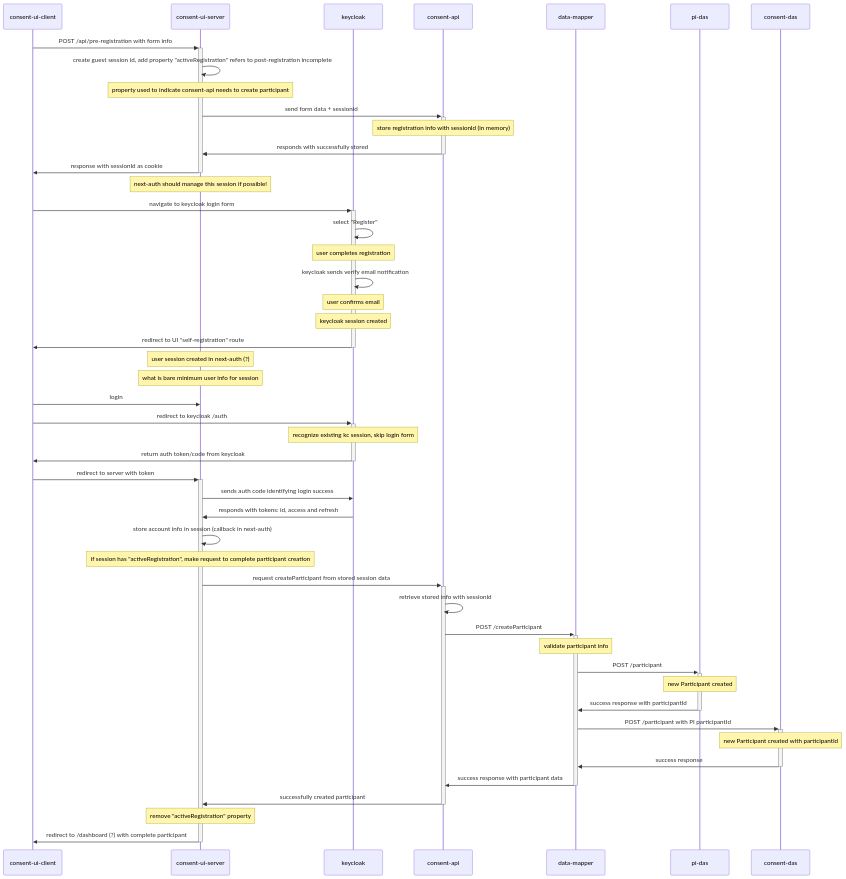
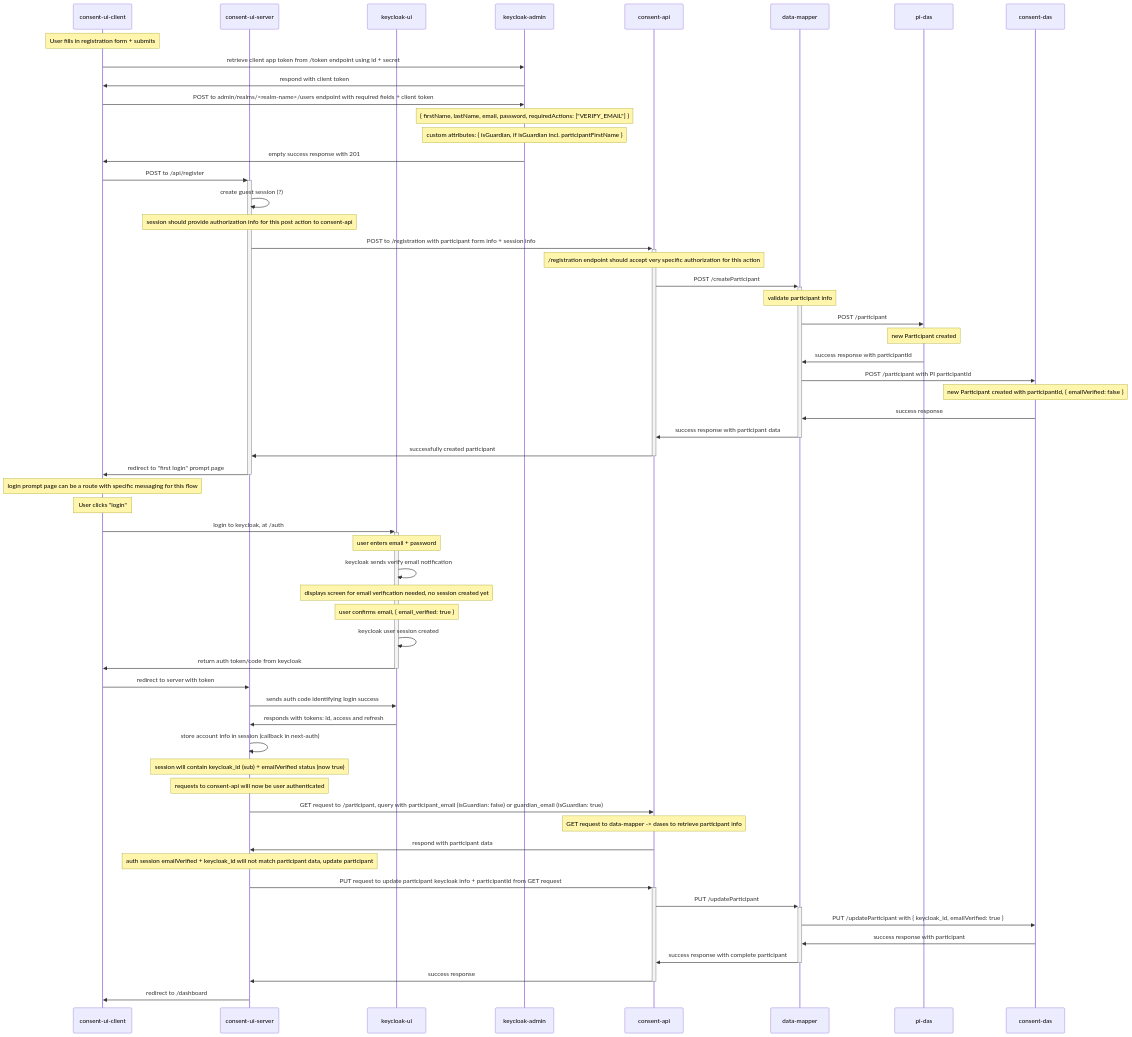
One commit to OHCRN/platform changed the diagram in docs/registration-flow.md. Above: the diagram before and after it, drawn with Mermaid.

Commit message:
update registration-flow diagram to use kc admin api

````diff
--- a/docs/registration-flow.md
+++ b/docs/registration-flow.md
@@ -1,47 +1,61 @@
 ```mermaid
 sequenceDiagram
     participant client as consent-ui-client
     participant server as consent-ui-server
-    participant keycloak
-    client->>+server: POST /api/pre-registration with form info
-    server->>server: create guest session id, add property "activeRegistration" refers to post-registration incomplete
-    Note over server: property used to indicate consent-api needs to create participant
-    server->>+consent-api: send form data + sessionId
-    Note over consent-api: store registration info with sessionId (in memory)
-    consent-api->>-server: responds with successfully stored
-    server->>-client: response with sessionId as cookie
-    Note over server: next-auth should manage this session if possible!
-    client->>+keycloak: navigate to keycloak login form
-    keycloak->>keycloak: select "Register"
-    Note over keycloak: user completes registration
-    keycloak->>keycloak: keycloak sends verify email notification
-    Note over keycloak: user confirms email
-    Note over keycloak: keycloak session created
-    keycloak->>-client: redirect to UI "self-registration" route
-    Note over server: user session created in next-auth (?)
-    Note over server: what is bare minimum user info for session
-    %% Note over consent-ui: if kc register req isolated from next auth, prompt user to login after registration redirect
-    client->>server: login
-    client->>+keycloak: redirect to keycloak /auth
-    Note over keycloak: recognize existing kc session, skip login form
-    keycloak->>-client: return auth token/code from keycloak
-    client->>+server: redirect to server with token
-    server->>keycloak: sends auth code identifying login success
-    keycloak->>server: responds with tokens: id, access and refresh
-    server->>server: store account info in session (callback in next-auth)
-    Note over server: if session has "activeRegistration", make request to complete participant creation
-    server->>+consent-api: request createParticipant from stored session data
-    consent-api->>consent-api: retrieve stored info with sessionId
+    participant keycloak-ui
+    participant keycloak as keycloak-admin
+    participant consent-api
+    participant data-mapper
+    participant pi-das
+    participant consent-das
+
+    Note over client: User fills in registration form + submits
+    client->>keycloak: retrieve client app token from /token endpoint using id + secret
+    keycloak->>client: respond with client token
+    client->>keycloak: POST to admin/realms/<realm-name>/users endpoint with required fields + client token
+    Note over keycloak: { firstName, lastName, email, password, requiredActions: ["VERIFY_EMAIL"] }
+    Note over keycloak: custom attributes: { isGuardian, if isGuardian incl. participantFirstName }
+    keycloak->>client: empty success response with 201
+    client->>+server: POST to /api/register
+    server->>server: create guest session (?)
+    Note over server: session should provide authorization info for this post action to consent-api
+    server->>+consent-api: POST to /registration with participant form info + session info
+    Note over consent-api: /registration endpoint should accept very specific authorization for this action
     consent-api->>+data-mapper: POST /createParticipant
     Note over data-mapper: validate participant info
-    data-mapper->>+pi-das: POST /participant
+    data-mapper->>pi-das: POST /participant
     Note over pi-das: new Participant created
-    pi-das->>-data-mapper: success response with participantId
-    data-mapper->>+consent-das: POST /participant with PI participantId
-    Note over consent-das: new Participant created with participantId
-    consent-das->>-data-mapper: success response
+    pi-das->>data-mapper: success response with participantId
+    data-mapper->>consent-das: POST /participant with PI participantId
+    Note over consent-das: new Participant created with participantId, { emailVerified: false }
+    consent-das->>data-mapper: success response
     data-mapper->>-consent-api: success response with participant data
     consent-api->>-server: successfully created participant
-    Note over server: remove "activeRegistration" property
-    server->>-client: redirect to /dashboard (?) with complete participant
+    server->>-client: redirect to "first login" prompt page
+    Note over client: login prompt page can be a route with specific messaging for this flow
+    Note over client: User clicks "login"
+    client->>+keycloak-ui: login to keycloak, at /auth
+    Note over keycloak-ui: user enters email + password
+    keycloak-ui->>keycloak-ui: keycloak sends verify email notification
+    Note over keycloak-ui: displays screen for email verification needed, no session created yet
+    Note over keycloak-ui: user confirms email, { email_verified: true }
+    keycloak-ui->>keycloak-ui: keycloak user session created
+    keycloak-ui->>-client: return auth token/code from keycloak
+    client->>server: redirect to server with token
+    server->>keycloak-ui: sends auth code identifying login success
+    keycloak-ui->>server: responds with tokens: id, access and refresh
+    server->>server: store account info in session (callback in next-auth)
+    Note over server: session will contain keycloak_id (sub) + emailVerified status (now true)
+    Note over server: requests to consent-api will now be user authenticated
+    server->>consent-api: GET request to /participant, query with participant_email (isGuardian: false) or guardian_email (isGuardian: true)
+    Note over consent-api: GET request to data-mapper -> dases to retrieve participant info
+    consent-api->>server: respond with participant data
+    Note over server: auth session emailVerified + keycloak_id will not match participant data, update participant
+    server->>+consent-api: PUT request to update participant keycloak info + participantId from GET request
+    consent-api->>+data-mapper: PUT /updateParticipant
+    data-mapper->>consent-das: PUT /updateParticipant with { keycloak_id, emailVerified: true }
+    consent-das->>data-mapper: success response with participant
+    data-mapper->>-consent-api: success response with complete participant
+    consent-api->>-server: success response
+    server->>client: redirect to /dashboard
 ```
````
